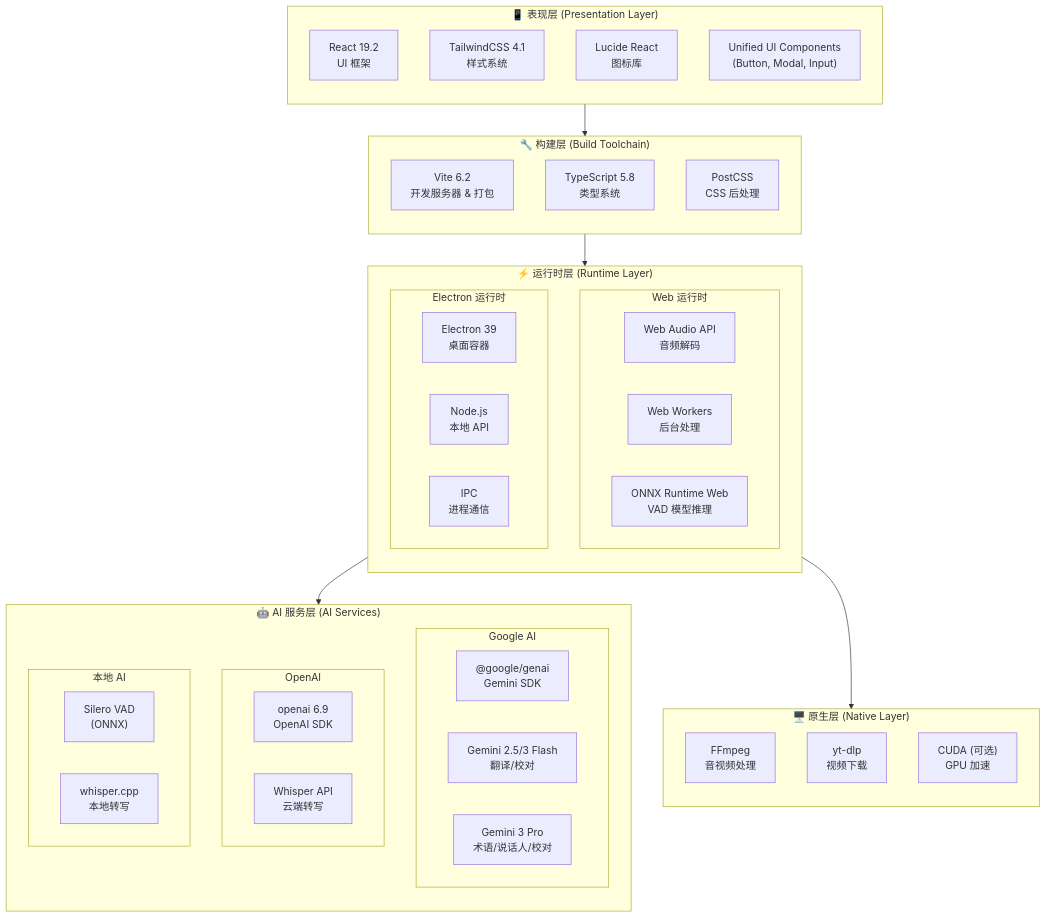
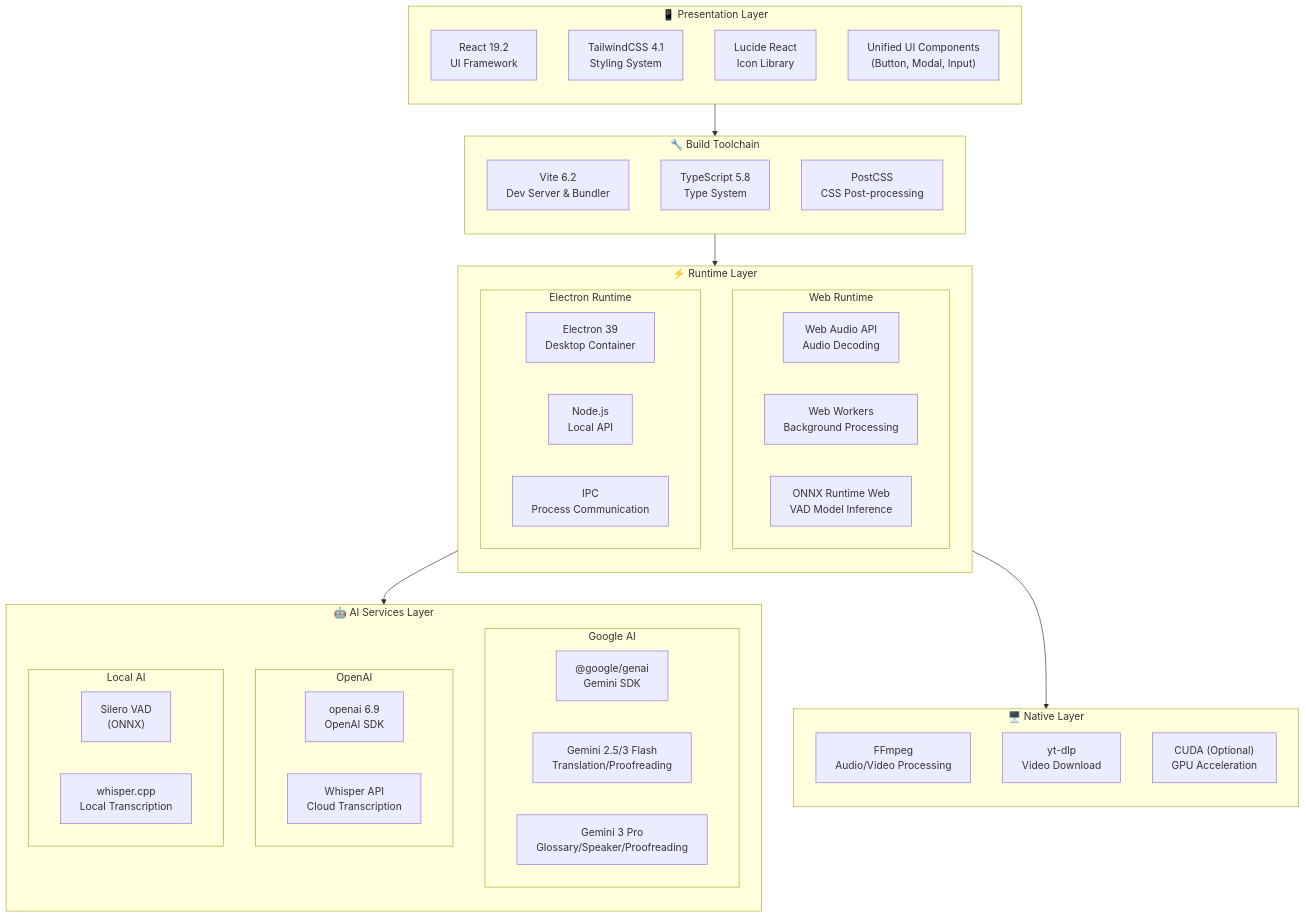
One commit to corvo007/MioSub changed the first of 14 diagrams in docs/ARCHITECTURE.md. Above: the diagram before and after it, drawn with Mermaid. The commit also changed other lines of this file and 3 other files, not shown here.

First line of the commit message:
docs: add bilingual README and ARCHITECTURE documentation

````diff
--- a/docs/ARCHITECTURE.md
+++ b/docs/ARCHITECTURE.md
@@ -16,65 +18,65 @@
 ```mermaid
 flowchart TB
-    subgraph PRESENTATION["📱 表现层 (Presentation Layer)"]
+    subgraph PRESENTATION["📱 Presentation Layer"]
         direction TB
-        REACT["React 19.2<br/>UI 框架"]
-        TAILWIND["TailwindCSS 4.1<br/>样式系统"]
-        LUCIDE["Lucide React<br/>图标库"]
+        REACT["React 19.2<br/>UI Framework"]
+        TAILWIND["TailwindCSS 4.1<br/>Styling System"]
+        LUCIDE["Lucide React<br/>Icon Library"]
         UI_LIB["Unified UI Components<br/>(Button, Modal, Input)"]
     end
 
-    subgraph BUILD["🔧 构建层 (Build Toolchain)"]
+    subgraph BUILD["🔧 Build Toolchain"]
         direction TB
-        VITE["Vite 6.2<br/>开发服务器 & 打包"]
-        TS["TypeScript 5.8<br/>类型系统"]
-        POSTCSS["PostCSS<br/>CSS 后处理"]
+        VITE["Vite 6.2<br/>Dev Server & Bundler"]
+        TS["TypeScript 5.8<br/>Type System"]
+        POSTCSS["PostCSS<br/>CSS Post-processing"]
     end
 
-    subgraph RUNTIME["⚡ 运行时层 (Runtime Layer)"]
+    subgraph RUNTIME["⚡ Runtime Layer"]
         direction TB
 
-        subgraph WEB["Web 运行时"]
-            WEB_AUDIO["Web Audio API<br/>音频解码"]
-            WEB_WORKER["Web Workers<br/>后台处理"]
-            ONNX["ONNX Runtime Web<br/>VAD 模型推理"]
+        subgraph WEB["Web Runtime"]
+            WEB_AUDIO["Web Audio API<br/>Audio Decoding"]
+            WEB_WORKER["Web Workers<br/>Background Processing"]
+            ONNX["ONNX Runtime Web<br/>VAD Model Inference"]
         end
 
-        subgraph ELECTRON_RT["Electron 运行时"]
-            ELECTRON["Electron 39<br/>桌面容器"]
-            NODE["Node.js<br/>本地 API"]
-            IPC["IPC<br/>进程通信"]
+        subgraph ELECTRON_RT["Electron Runtime"]
+            ELECTRON["Electron 39<br/>Desktop Container"]
+            NODE["Node.js<br/>Local API"]
+            IPC["IPC<br/>Process Communication"]
         end
     end
 
-    subgraph AI["🤖 AI 服务层 (AI Services)"]
+    subgraph AI["🤖 AI Services Layer"]
         direction TB
 
         subgraph GOOGLE["Google AI"]
             GEMINI_SDK["@google/genai<br/>Gemini SDK"]
-            FLASH["Gemini 2.5/3 Flash<br/>翻译/校对"]
-            PRO["Gemini 3 Pro<br/>术语/说话人/校对"]
+            FLASH["Gemini 2.5/3 Flash<br/>Translation/Proofreading"]
+            PRO["Gemini 3 Pro<br/>Glossary/Speaker/Proofreading"]
         end
 
         subgraph OPENAI_SVC["OpenAI"]
             OPENAI_SDK["openai 6.9<br/>OpenAI SDK"]
-            WHISPER_API["Whisper API<br/>云端转写"]
+            WHISPER_API["Whisper API<br/>Cloud Transcription"]
         end
 
-        subgraph LOCAL_AI["本地 AI"]
+        subgraph LOCAL_AI["Local AI"]
             VAD["Silero VAD<br/>(ONNX)"]
-            WHISPER_CPP["whisper.cpp<br/>本地转写"]
+            WHISPER_CPP["whisper.cpp<br/>Local Transcription"]
         end
     end
 
-    subgraph NATIVE["🖥️ 原生层 (Native Layer)"]
+    subgraph NATIVE["🖥️ Native Layer"]
         direction TB
-        FFMPEG_BIN["FFmpeg<br/>音视频处理"]
-        YT_DLP["yt-dlp<br/>视频下载"]
-        CUDA["CUDA (可选)<br/>GPU 加速"]
+        FFMPEG_BIN["FFmpeg<br/>Audio/Video Processing"]
+        YT_DLP["yt-dlp<br/>Video Download"]
+        CUDA["CUDA (Optional)<br/>GPU Acceleration"]
     end
 
     PRESENTATION --> BUILD
     BUILD --> RUNTIME
     RUNTIME --> AI
     ELECTRON_RT --> NATIVE
 ```
````
